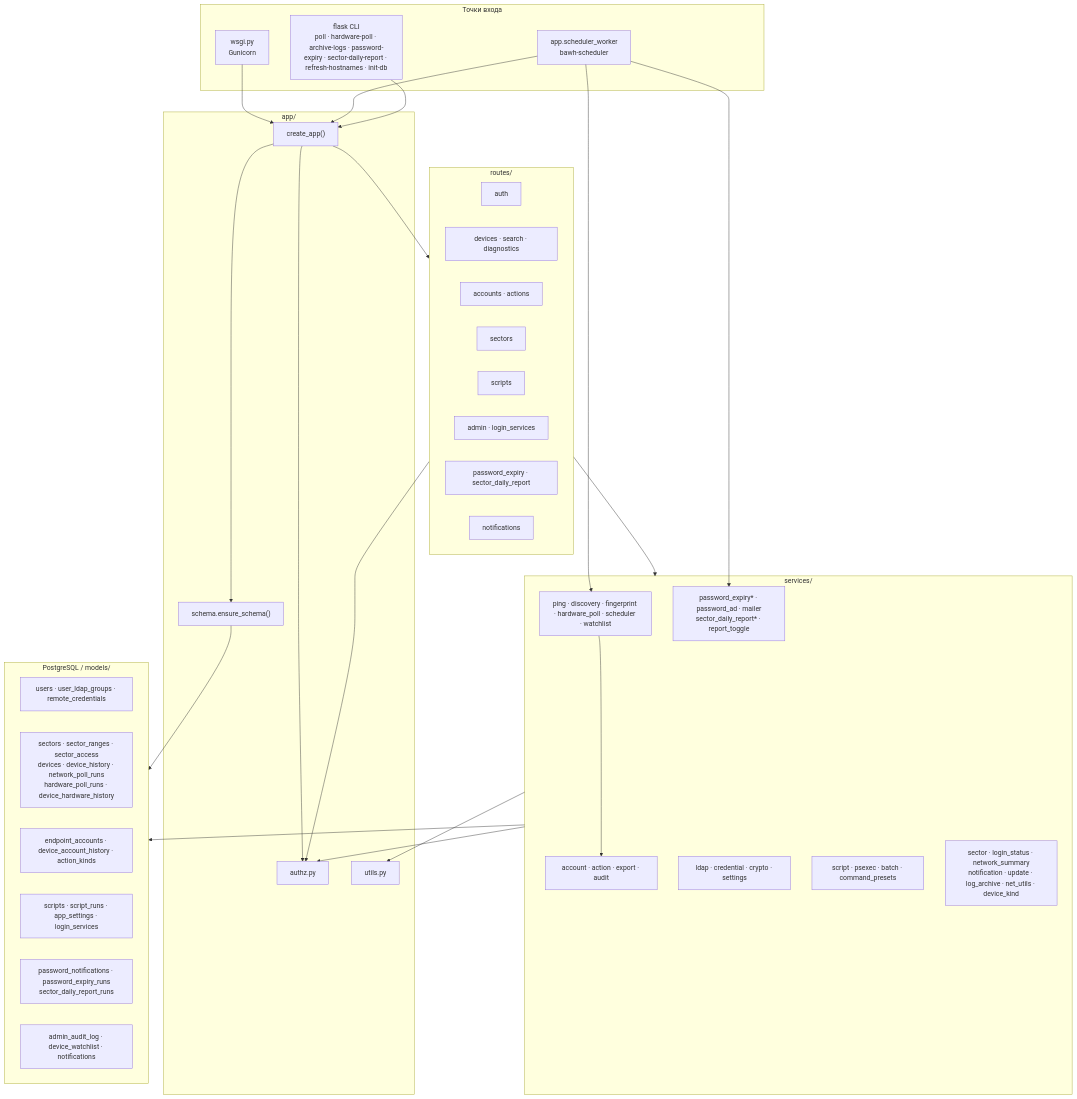
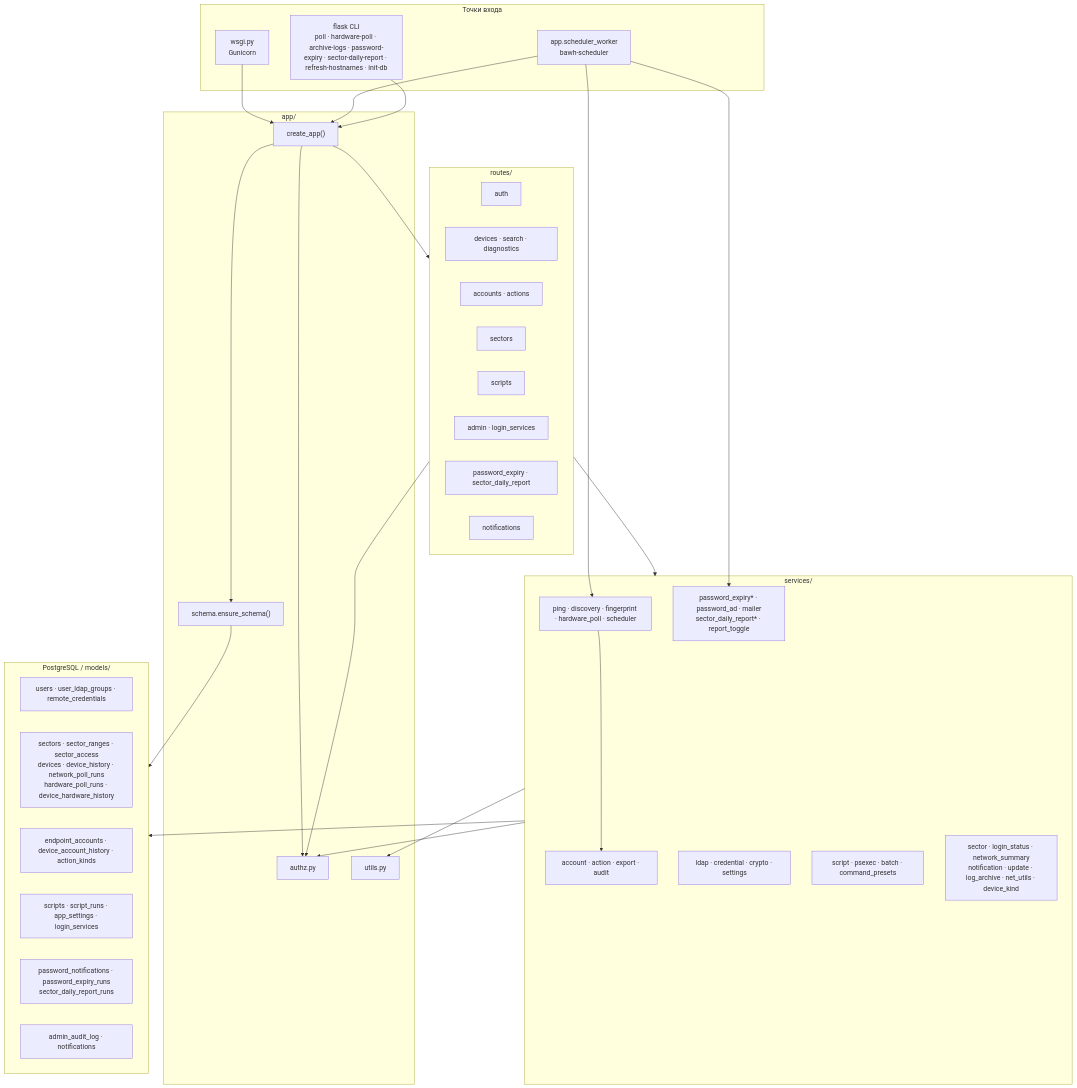
One commit to blazerity/admin-webhelper changed the first of 2 diagrams in docs/ARCHITECTURE.md. Above: the diagram before and after it, drawn with Mermaid. The commit also changed other lines of this file and 12 other files, not shown here.

First line of the commit message:
chore(v1.6.4): удалить watchlist и мёртвый device_check

````diff
--- a/docs/ARCHITECTURE.md
+++ b/docs/ARCHITECTURE.md
@@ -116,60 +116,60 @@
 ```mermaid
 flowchart TB
   subgraph entry["Точки входа"]
     WSGI["wsgi.py<br/>Gunicorn"]
     SCHED["app.scheduler_worker<br/>bawh-scheduler"]
     CLI["flask CLI<br/>poll · hardware-poll · archive-logs · password-expiry · sector-daily-report · refresh-hostnames · init-db"]
   end
 
   subgraph app_core["app/"]
     CREATE["create_app()"]
     SCHEMA["schema.ensure_schema()"]
     AUTH["authz.py"]
     UTILS["utils.py"]
   end
 
   subgraph http["routes/"]
     R_AUTH["auth"]
     R_DEV["devices · search · diagnostics"]
     R_ACC["accounts · actions"]
     R_SEC["sectors"]
     R_SCR["scripts"]
     R_ADM["admin · login_services"]
     R_PWD["password_expiry · sector_daily_report"]
     R_NTF["notifications"]
   end
 
   subgraph services["services/"]
-    S_POLL["ping · discovery · fingerprint · hardware_poll · scheduler · watchlist"]
+    S_POLL["ping · discovery · fingerprint · hardware_poll · scheduler"]
     S_ACC["account · action · export · audit"]
     S_ID["ldap · credential · crypto · settings"]
     S_RUN["script · psexec · batch · command_presets"]
     S_PWD["password_expiry* · password_ad · mailer<br/>sector_daily_report* · report_toggle"]
     S_OTH["sector · login_status · network_summary<br/>notification · update · log_archive · net_utils · device_kind"]
   end
 
   subgraph data["PostgreSQL / models/"]
     M_USER["users · user_ldap_groups · remote_credentials"]
     M_NET["sectors · sector_ranges · sector_access<br/>devices · device_history · network_poll_runs<br/>hardware_poll_runs · device_hardware_history"]
     M_ACC["endpoint_accounts · device_account_history · action_kinds"]
     M_SCR["scripts · script_runs · app_settings · login_services"]
     M_PWD["password_notifications · password_expiry_runs<br/>sector_daily_report_runs"]
-    M_NTF["admin_audit_log · device_watchlist · notifications"]
+    M_NTF["admin_audit_log · notifications"]
   end
 
   WSGI --> CREATE
   SCHED --> CREATE
   CLI --> CREATE
   CREATE --> SCHEMA
   CREATE --> http
   CREATE --> AUTH
   http --> services
   http --> AUTH
   SCHED --> S_POLL
   SCHED --> S_PWD
   services --> data
   services --> AUTH
   services --> UTILS
   S_POLL --> S_ACC
   SCHEMA --> data
 ```
````
